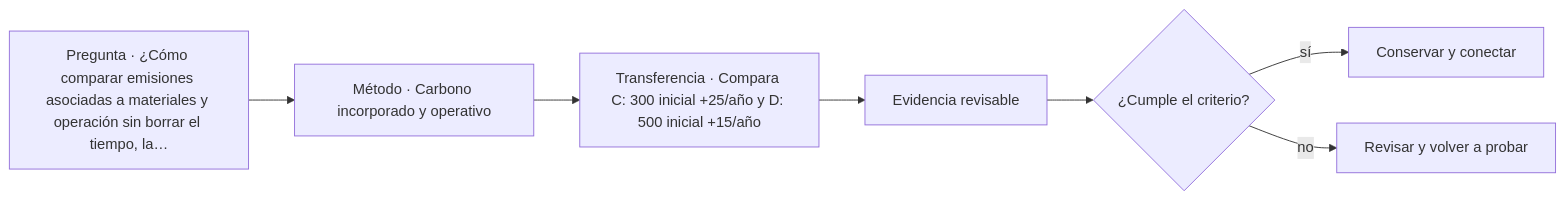
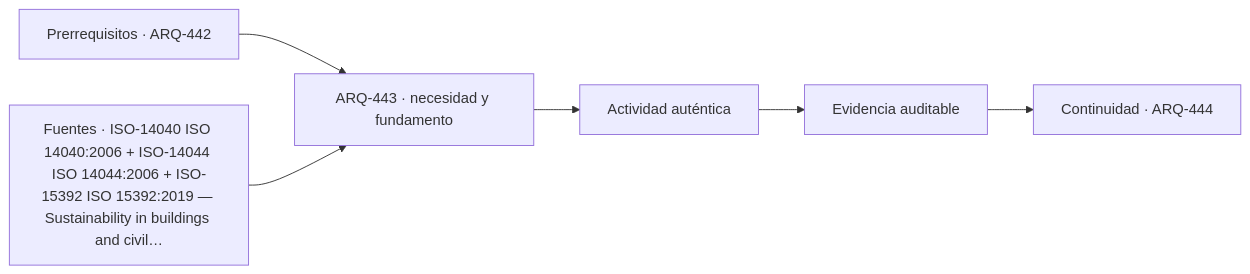
One commit to vladimiracunadev-create/architecture-built-environment-learning-program changed the diagram in classes/parte-45/ARQ-443.md. Above: the diagram before and after it, drawn with Mermaid. The commit also changed other lines of this file and 761 other files, not shown here.

````diff
--- a/classes/parte-45/ARQ-443.md
+++ b/classes/parte-45/ARQ-443.md
@@ -75,9 +87,8 @@
 ```mermaid
 flowchart LR
-    Q["Pregunta · ¿Cómo comparar emisiones asociadas a materiales y operación sin borrar el tiempo, la…"] --> M["Método · Carbono incorporado y operativo"]
-    M --> P["Transferencia · Compara C: 300 inicial +25/año y D: 500 inicial +15/año"]
-    P --> E["Evidencia revisable"]
-    E --> C{"¿Cumple el criterio?"}
-    C -->|sí| T["Conservar y conectar"]
-    C -->|no| R["Revisar y volver a probar"]
+    A["Prerrequisitos · ARQ-442"] --> B["ARQ-443 · necesidad y fundamento"]
+    S["Fuentes · ISO-14040 ISO 14040:2006 + ISO-14044 ISO 14044:2006 + ISO-15392 ISO 15392:2019 — Sustainability in buildings and civil…"] --> B
+    B --> C["Actividad auténtica"]
+    C --> D["Evidencia auditable"]
+    D --> E["Continuidad · ARQ-444"]
 ```
````
